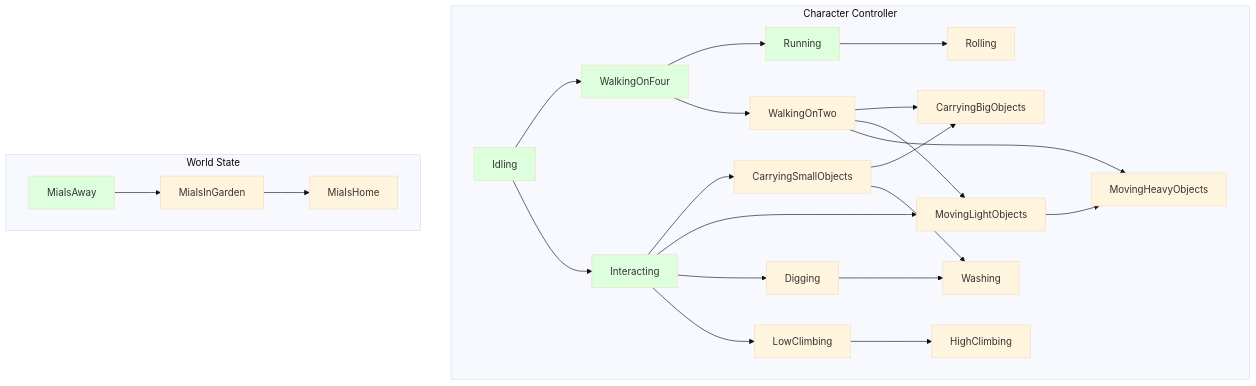
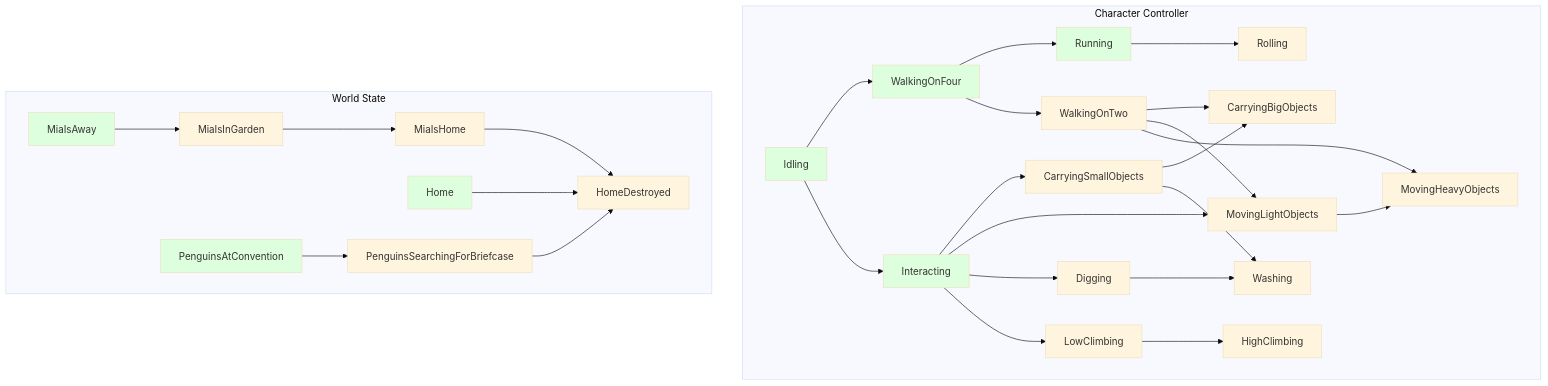
Before and after one commit to gregorhcs/RacoonTaleDocs: the diagram in diagrams/abilities.mermaid, drawn with Mermaid (base theme).

Commit message:
feat: add world state

```diff
--- a/diagrams/abilities.mermaid
+++ b/diagrams/abilities.mermaid
@@ -1,49 +1,62 @@
 flowchart TD
     classDef start fill:#dfd
     
     subgraph Character Controller
         Idling:::start
         
         WalkingOnFour:::start
         WalkingOnTwo
         Running:::start
         Interacting:::start
         CarryingSmallObjects
         CarryingBigObjects
         
         Rolling
         LowClimbing
         HighClimbing
         Digging
         MovingLightObjects
         MovingHeavyObjects
         Washing
     end
 
 	WalkingOnFour-->Running
 	WalkingOnFour-->WalkingOnTwo
 	
 	Idling-->WalkingOnFour
 	Idling-->Interacting
 	Running-->Rolling
 	Interacting-->CarryingSmallObjects
 	CarryingSmallObjects-->CarryingBigObjects
     WalkingOnTwo-->CarryingBigObjects
     WalkingOnTwo-->MovingLightObjects
     WalkingOnTwo-->MovingHeavyObjects
 	Interacting-->MovingLightObjects
 	MovingLightObjects-->MovingHeavyObjects
 	Interacting-->Digging
     Digging-->Washing
 	CarryingSmallObjects-->Washing
 	Interacting-->LowClimbing
 	LowClimbing-->HighClimbing
     
     subgraph World State
-        MiaIsAway:::start
+        Home:::start
+		
+		MiaIsAway:::start
 		MiaIsInGarden
 		MiaIsHome
+		
+		PenguinsAtConvention:::start
+		PenguinsSearchingForBriefcase
+		
+		HomeDestroyed
 	end
 	
 	MiaIsAway-->MiaIsInGarden
 	MiaIsInGarden-->MiaIsHome
+	MiaIsHome-->HomeDestroyed
+	
+	Home-->HomeDestroyed
+	
+	PenguinsAtConvention-->PenguinsSearchingForBriefcase
+	PenguinsSearchingForBriefcase-->HomeDestroyed
```
